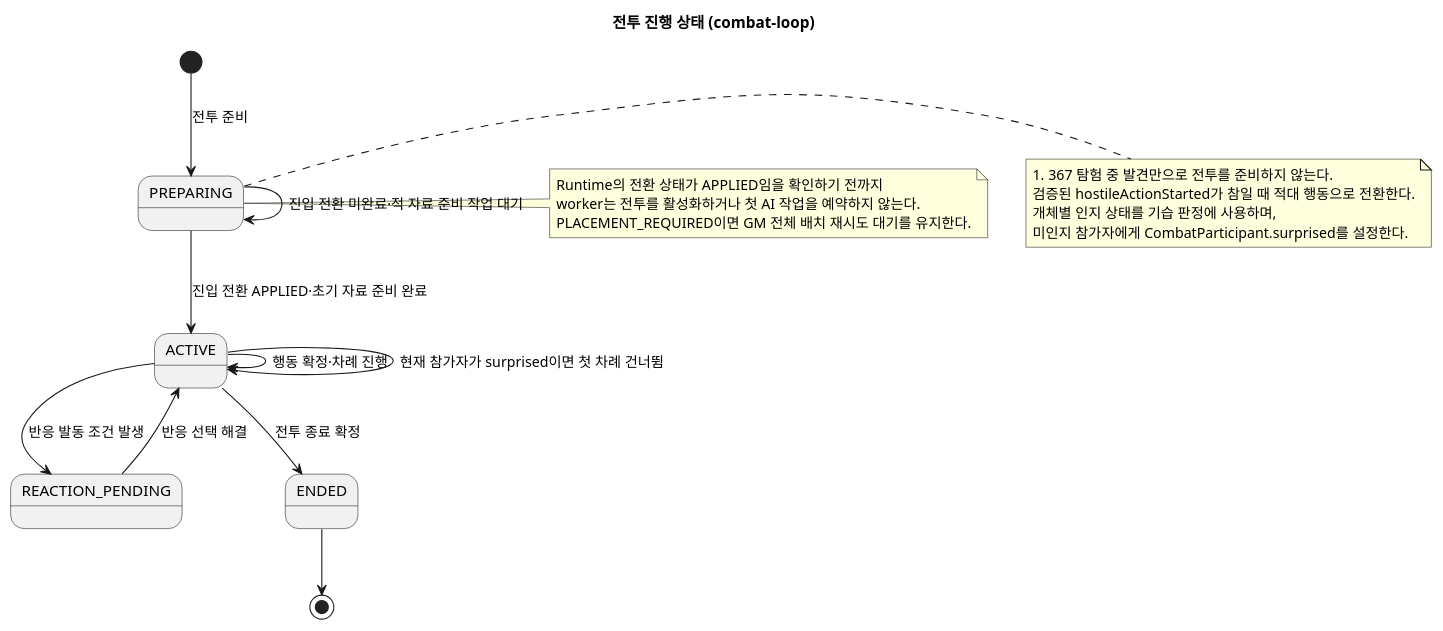
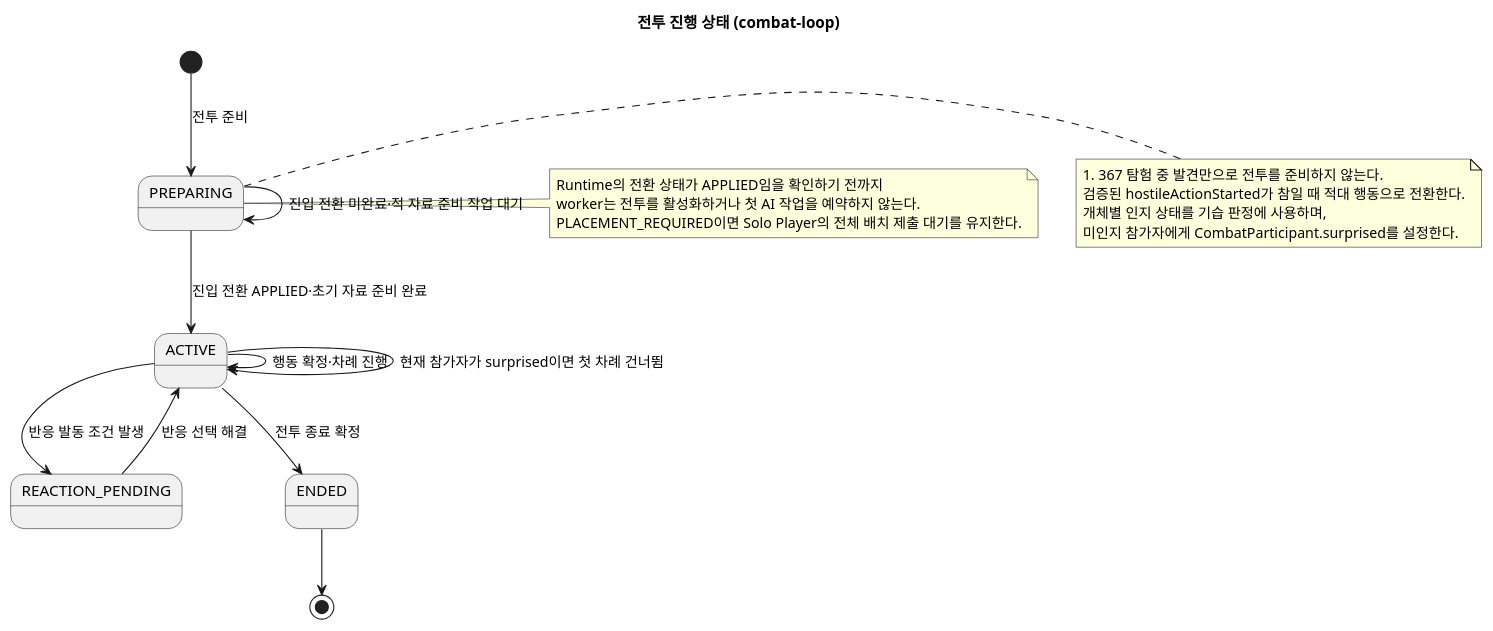
The diagram in docs/contracts/diagrams/combat-loop.state.puml (omegafrog/dnd-master), drawn with PlantUML before and after one commit. The commit also changed 15 other files, not shown here.

```diff
--- a/docs/contracts/diagrams/combat-loop.state.puml
+++ b/docs/contracts/diagrams/combat-loop.state.puml
@@ -1,23 +1,23 @@
 @startuml
  title 전투 진행 상태 (combat-loop)
  [*] --> PREPARING : 전투 준비
  note right of PREPARING
    #367 탐험 중 발견만으로 전투를 준비하지 않는다.
    검증된 hostileActionStarted가 참일 때 적대 행동으로 전환한다.
    개체별 인지 상태를 기습 판정에 사용하며,
    미인지 참가자에게 CombatParticipant.surprised를 설정한다.
  end note
  PREPARING --> PREPARING : 진입 전환 미완료·적 자료 준비 작업 대기
  PREPARING --> ACTIVE : 진입 전환 APPLIED·초기 자료 준비 완료
  note right of PREPARING
    Runtime의 전환 상태가 APPLIED임을 확인하기 전까지
    worker는 전투를 활성화하거나 첫 AI 작업을 예약하지 않는다.
-   PLACEMENT_REQUIRED이면 GM 전체 배치 재시도 대기를 유지한다.
+   PLACEMENT_REQUIRED이면 Solo Player의 전체 배치 제출 대기를 유지한다.
  end note
  ACTIVE --> REACTION_PENDING : 반응 발동 조건 발생
  REACTION_PENDING --> ACTIVE : 반응 선택 해결
  ACTIVE --> ACTIVE : 행동 확정·차례 진행
  ACTIVE --> ACTIVE : 현재 참가자가 surprised이면 첫 차례 건너뜀
  ACTIVE --> ENDED : 전투 종료 확정
  ENDED --> [*]
 @enduml
```
